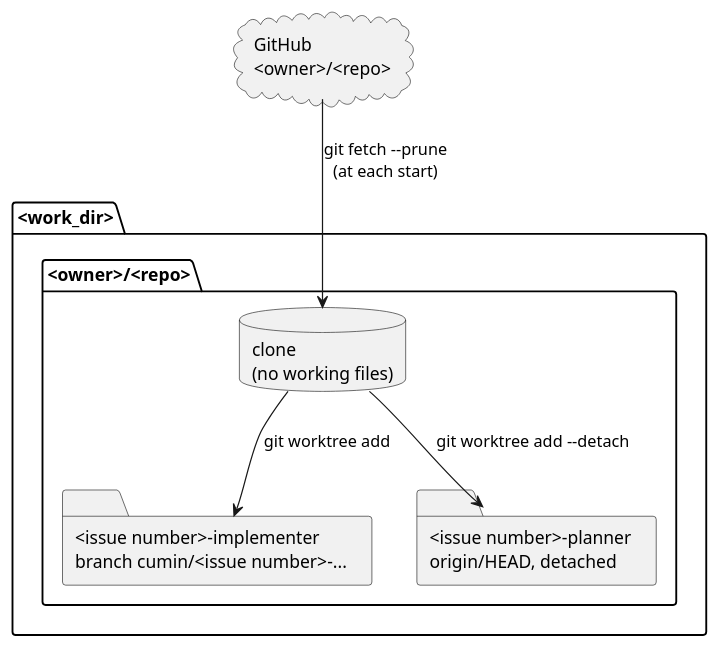
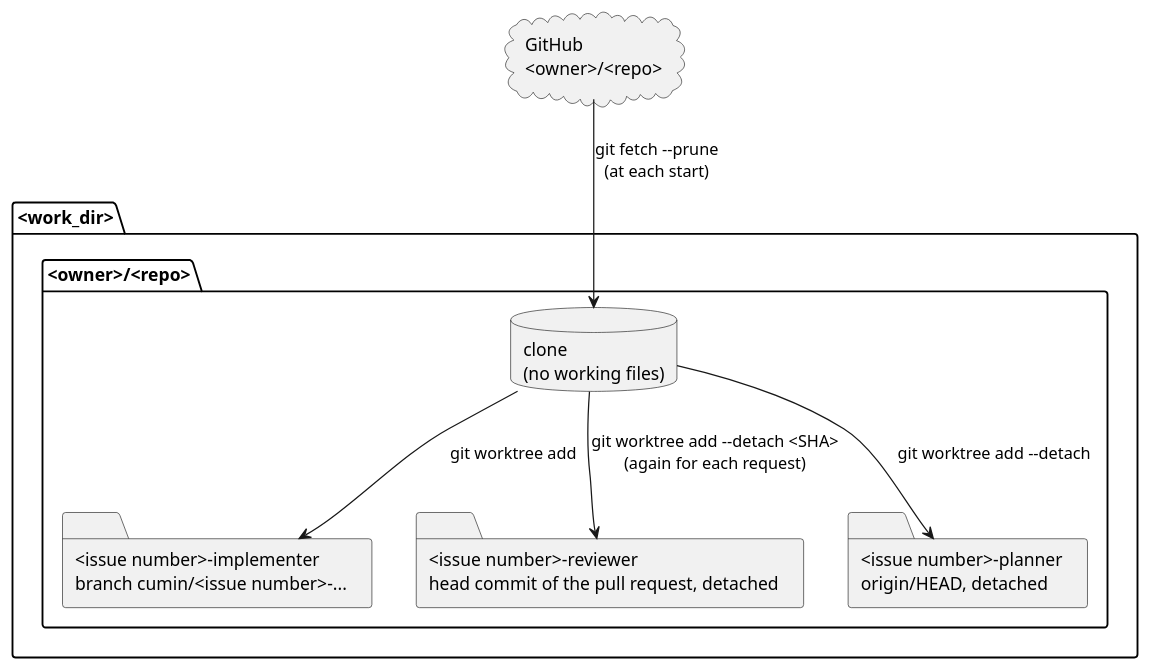
One commit to cloveclovedev/cumin-works changed the diagram in docs/ja/designs/agent-run-layout.puml. Above: the diagram before and after it, drawn with PlantUML. The commit also changed 4 other files, not shown here.

First line of the commit message:
feat(agent): prepare the Reviewer worktree as a detached checkout of the head commit (#232)

```diff
--- a/docs/ja/designs/agent-run-layout.puml
+++ b/docs/ja/designs/agent-run-layout.puml
@@ -1,18 +1,20 @@
 @startuml agent-run-layout
 skinparam shadowing false
 skinparam defaultFontName sans-serif
 
 cloud "GitHub\n<owner>/<repo>" as github
 
 folder "<work_dir>" as workdir {
   folder "<owner>/<repo>" as repo {
     database "clone\n(no working files)" as clone
     folder "<issue number>-implementer\nbranch cumin/<issue number>-..." as implementer
+    folder "<issue number>-reviewer\nhead commit of the pull request, detached" as reviewer
     folder "<issue number>-planner\norigin/HEAD, detached" as planner
   }
 }
 
 github --> clone : git fetch --prune\n(at each start)
 clone --> implementer : git worktree add
+clone --> reviewer : git worktree add --detach <SHA>\n(again for each request)
 clone --> planner : git worktree add --detach
 @enduml
```
